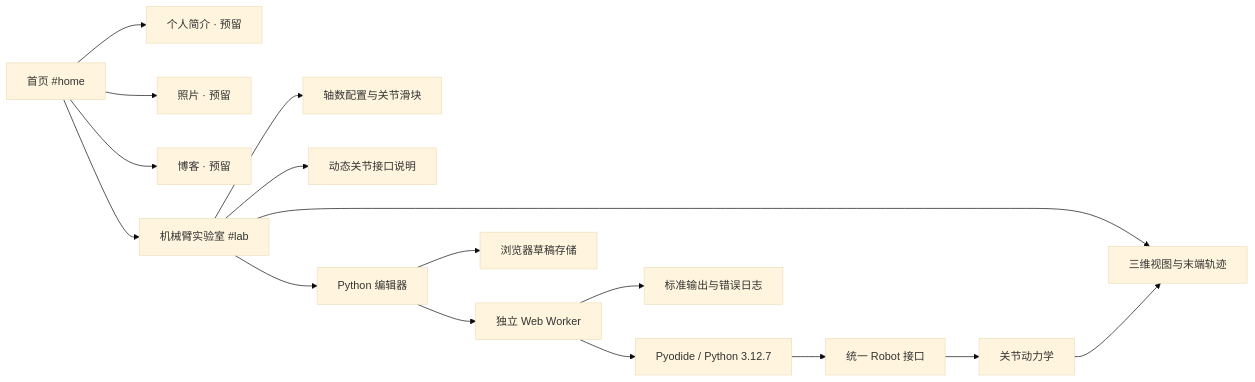
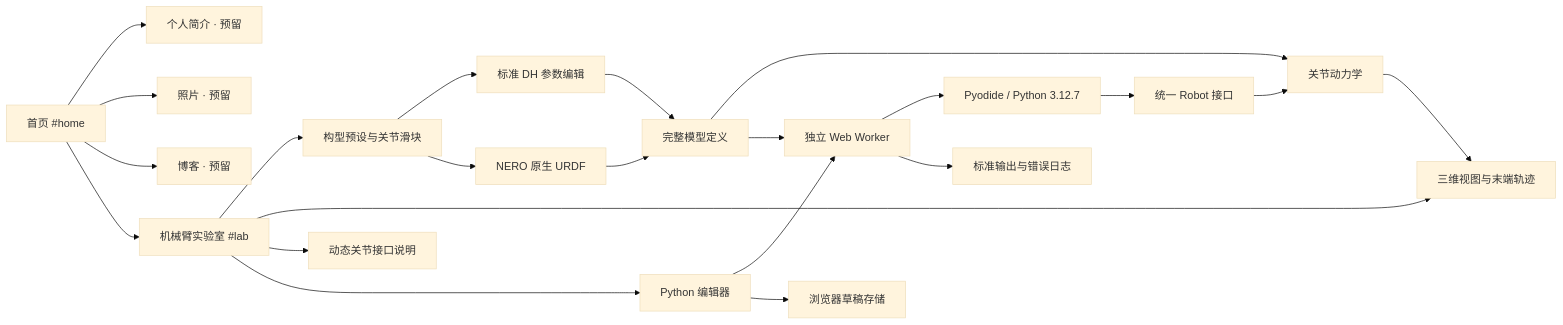
The diagram in ARCHITECTURE.md (wxyanxw/yann-site), drawn with Mermaid (base theme) before and after one commit. The commit also changed other lines of this file and 20 other files, not shown here.

````diff
--- a/ARCHITECTURE.md
+++ b/ARCHITECTURE.md
@@ -7,18 +7,24 @@
 ```mermaid
 flowchart LR
     H[首页 #home] --> A[个人简介 · 预留]
     H --> P[照片 · 预留]
     H --> B[博客 · 预留]
     H --> L[机械臂实验室 #lab]
-    L --> C[轴数配置与关节滑块]
+    L --> C[构型预设与关节滑块]
+    C --> G[标准 DH 参数编辑]
+    C --> U[NERO 原生 URDF]
+    G --> M[完整模型定义]
+    U --> M
+    M --> D
+    M --> W
     L --> V[三维视图与末端轨迹]
     L --> I[动态关节接口说明]
     L --> E[Python 编辑器]
     E --> W[独立 Web Worker]
     W --> PY[Pyodide / Python 3.12.7]
     PY --> API[统一 Robot 接口]
     API --> D[关节动力学]
     D --> V
     W --> O[标准输出与错误日志]
     E --> S[浏览器草稿存储]
 ```
````
